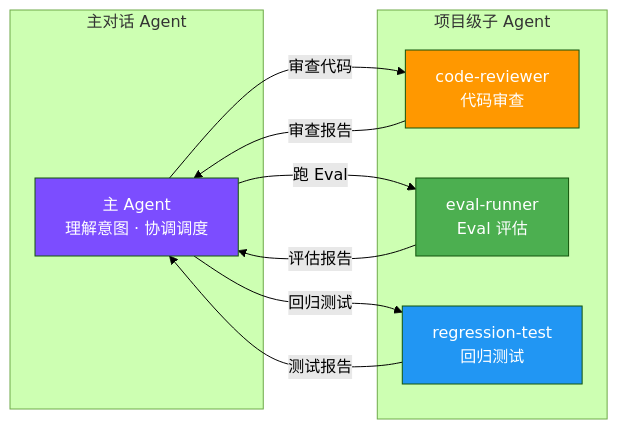
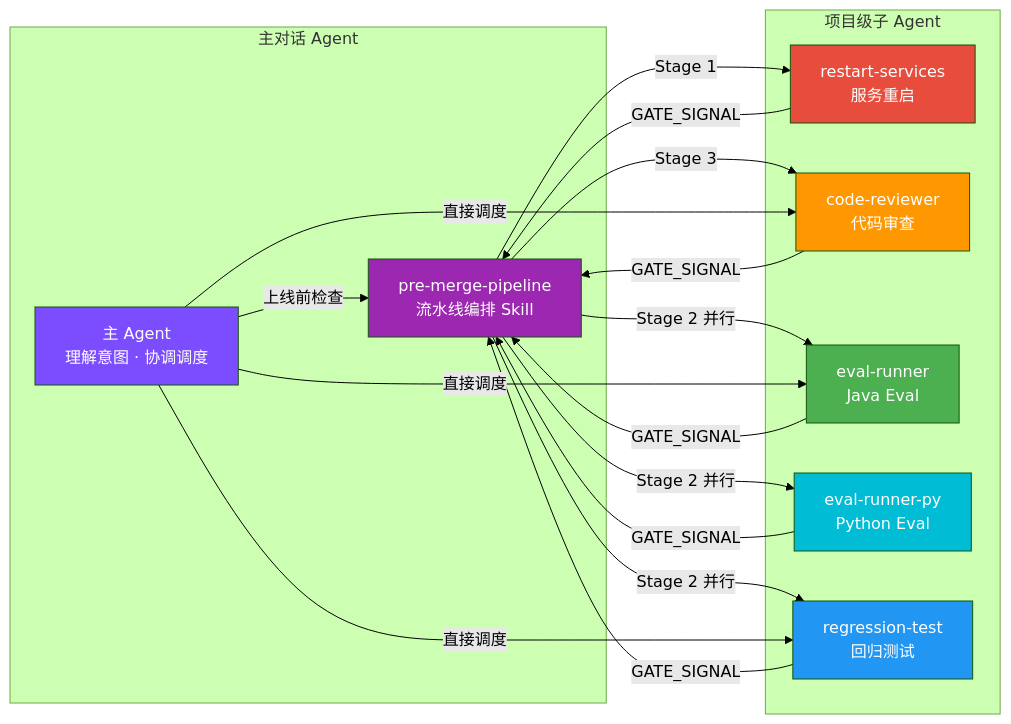
One commit to reallyhwc/test-learn-agent changed the eighth of 13 diagrams in README.md. Above: the diagram before and after it, drawn with Mermaid (forest theme). The commit also changed other lines of this file and 1 other file, not shown here.

````diff
--- a/README.md
+++ b/README.md
@@ -595,25 +609,40 @@
 ```mermaid
 graph LR
     subgraph "主对话 Agent"
         MAIN["主 Agent<br/>理解意图 · 协调调度"]
+        PIPE["pre-merge-pipeline<br/>流水线编排 Skill"]
     end
 
     subgraph "项目级子 Agent"
+        RS["restart-services<br/>服务重启"]
         CR["code-reviewer<br/>代码审查"]
-        EV["eval-runner<br/>Eval 评估"]
+        EV["eval-runner<br/>Java Eval"]
+        EVP["eval-runner-py<br/>Python Eval"]
         RT["regression-test<br/>回归测试"]
     end
 
-    MAIN -->|"审查代码"| CR
-    MAIN -->|"跑 Eval"| EV
-    MAIN -->|"回归测试"| RT
+    MAIN -->|"上线前检查"| PIPE
+    PIPE -->|"Stage 1"| RS
+    PIPE -->|"Stage 2 并行"| EV
+    PIPE -->|"Stage 2 并行"| EVP
+    PIPE -->|"Stage 2 并行"| RT
+    PIPE -->|"Stage 3"| CR
 
-    CR -->|"审查报告"| MAIN
-    EV -->|"评估报告"| MAIN
-    RT -->|"测试报告"| MAIN
+    RS -->|"GATE_SIGNAL"| PIPE
+    EV -->|"GATE_SIGNAL"| PIPE
+    EVP -->|"GATE_SIGNAL"| PIPE
+    RT -->|"GATE_SIGNAL"| PIPE
+    CR -->|"GATE_SIGNAL"| PIPE
+
+    MAIN -->|"直接调度"| CR
+    MAIN -->|"直接调度"| EV
+    MAIN -->|"直接调度"| RT
 
     style MAIN fill:#7c4dff,color:#fff
+    style PIPE fill:#9c27b0,color:#fff
+    style RS fill:#e74c3c,color:#fff
     style CR fill:#ff9800,color:#fff
     style EV fill:#4caf50,color:#fff
+    style EVP fill:#00bcd4,color:#fff
     style RT fill:#2196f3,color:#fff
 ```
````
